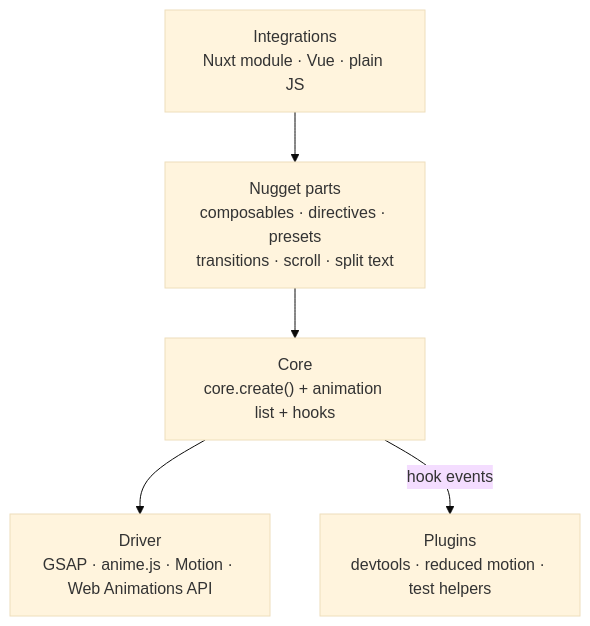
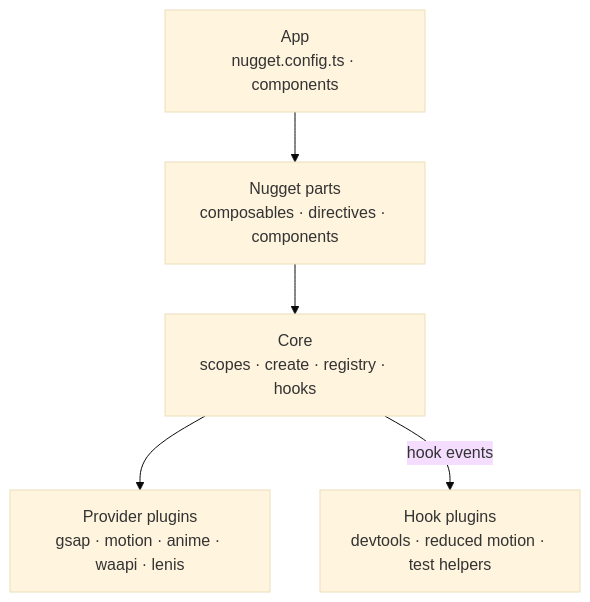
One commit to StevenJPx2/nugget changed the first of 7 diagrams in docs/plans/providers-plugins-devtools.md. Above: the diagram before and after it, drawn with Mermaid (base theme). The commit also changed other lines of this file, not shown here.

Commit message:
docs(plan): provider plugins in nugget.config.ts and the core design

````diff
--- a/docs/plans/providers-plugins-devtools.md
+++ b/docs/plans/providers-plugins-devtools.md
@@ -17,7 +17,7 @@
 ```mermaid
 flowchart TB
-    Int["Integrations<br/>Nuxt module · Vue · plain JS"] --> Parts["Nugget parts<br/>composables · directives · presets<br/>transitions · scroll · split text"]
-    Parts --> Core["Core<br/>core.create() + animation list + hooks"]
-    Core --> Driver["Driver<br/>GSAP · anime.js · Motion · Web Animations API"]
-    Core -- "hook events" --> Plugins["Plugins<br/>devtools · reduced motion · test helpers"]
+    App["App<br/>nugget.config.ts · components"] --> Parts["Nugget parts<br/>composables · directives · components"]
+    Parts --> Core["Core<br/>scopes · create · registry · hooks"]
+    Core --> Providers["Provider plugins<br/>gsap · motion · anime · waapi · lenis"]
+    Core -- "hook events" --> Plugins["Hook plugins<br/>devtools · reduced motion · test helpers"]
 ```
````
